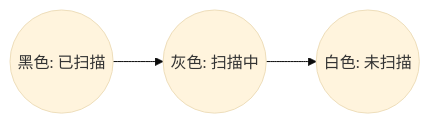
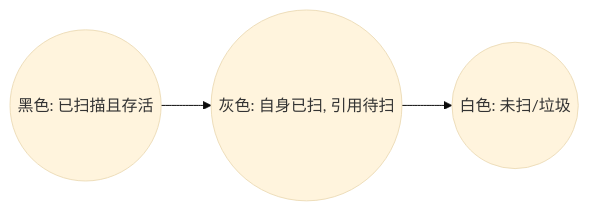
One commit to Aiden-Coding/AiDocs changed the third of 4 diagrams in docs/java/jvm/memory-gc.md. Above: the diagram before and after it, drawn with Mermaid (base theme). The commit also changed other lines of this file and 4 other files, not shown here.

````diff
--- a/docs/java/jvm/memory-gc.md
+++ b/docs/java/jvm/memory-gc.md
@@ -71,5 +197,5 @@
 ```mermaid
 graph LR
-    Black((黑色: 已扫描)) --> Gray((灰色: 扫描中))
-    Gray --> White((白色: 未扫描))
+    Black((黑色: 已扫描且存活)) --> Gray((灰色: 自身已扫, 引用待扫))
+    Gray --> White((白色: 未扫/垃圾))
 ```
````
